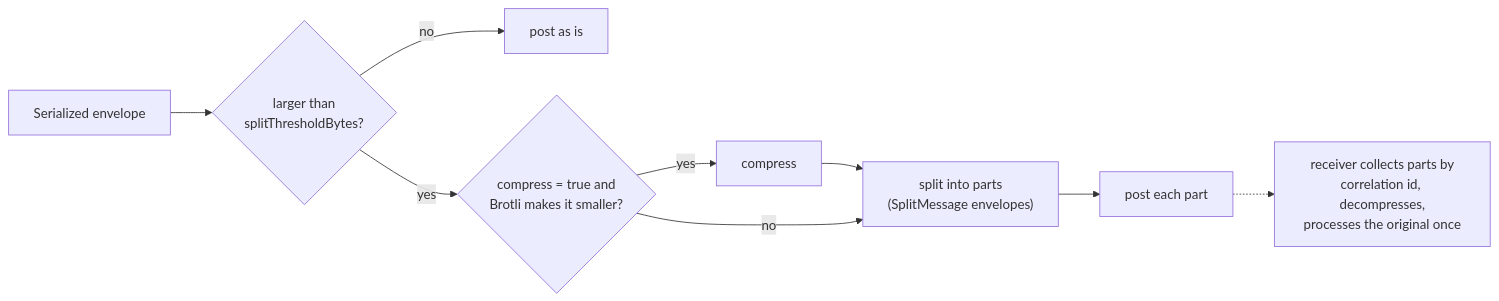
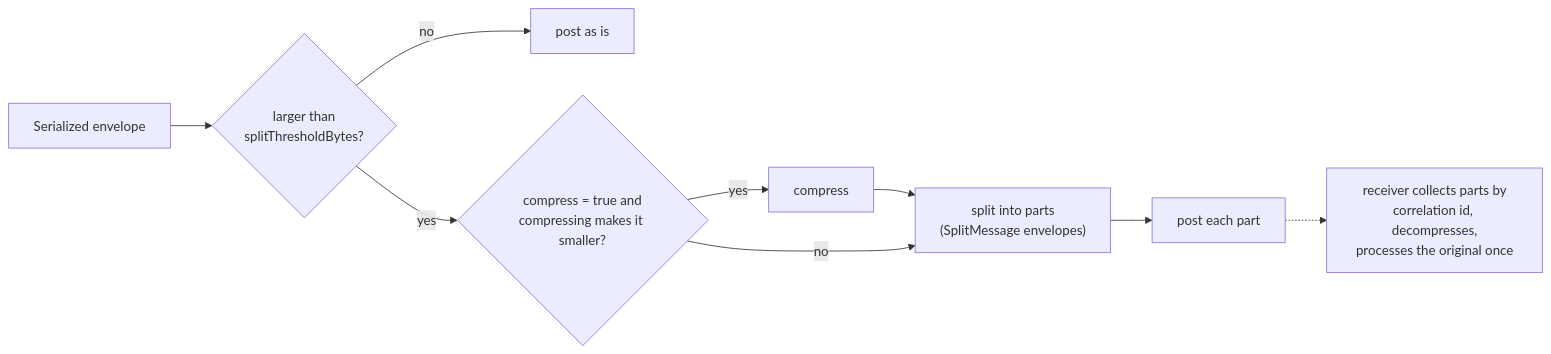
One commit to nymankla/NymBroker changed the second of 2 diagrams in docs/sending-messages.md. Above: the diagram before and after it, drawn with Mermaid. The commit also changed other lines of this file and 15 other files, not shown here.

````diff
--- a/docs/sending-messages.md
+++ b/docs/sending-messages.md
@@ -120,10 +120,10 @@
 ```mermaid
 flowchart LR
     A["Serialized envelope"] --> B{"larger than<br/>splitThresholdBytes?"}
     B -- no --> SEND["post as is"]
-    B -- yes --> C{"compress = true and<br/>Brotli makes it smaller?"}
+    B -- yes --> C{"compress = true and<br/>compressing makes it smaller?"}
     C -- yes --> D["compress"] --> E
     C -- no --> E["split into parts<br/>(SplitMessage envelopes)"]
     E --> SEND2["post each part"]
     SEND2 -.-> R["receiver collects parts by<br/>correlation id, decompresses,<br/>processes the original once"]
 ```
````
